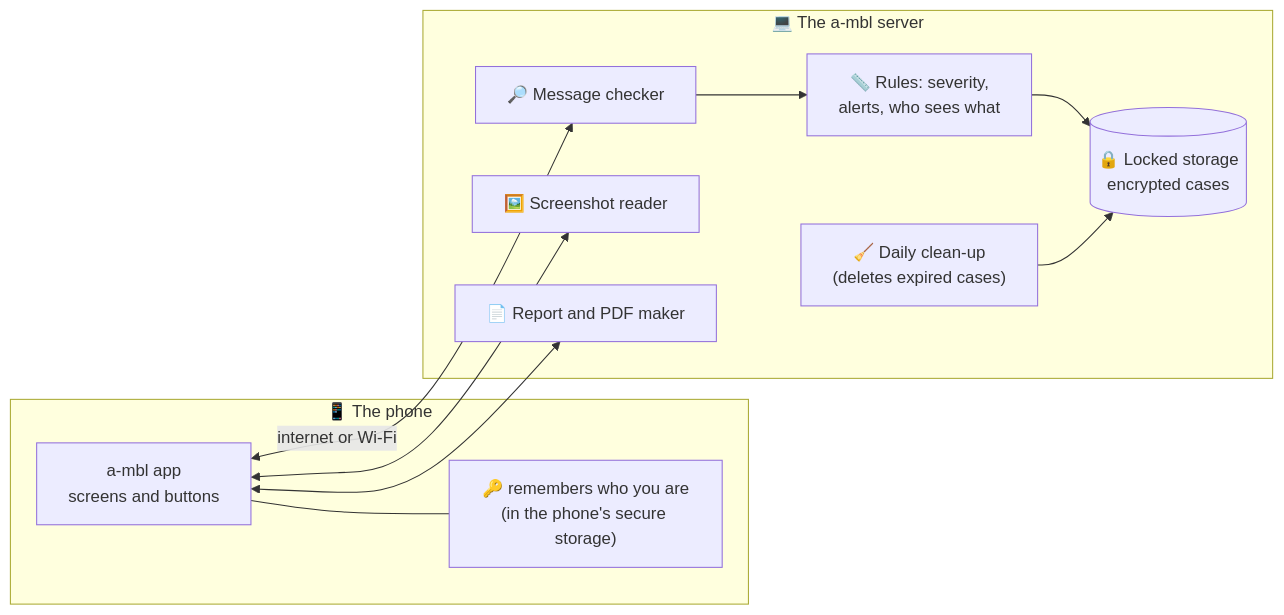
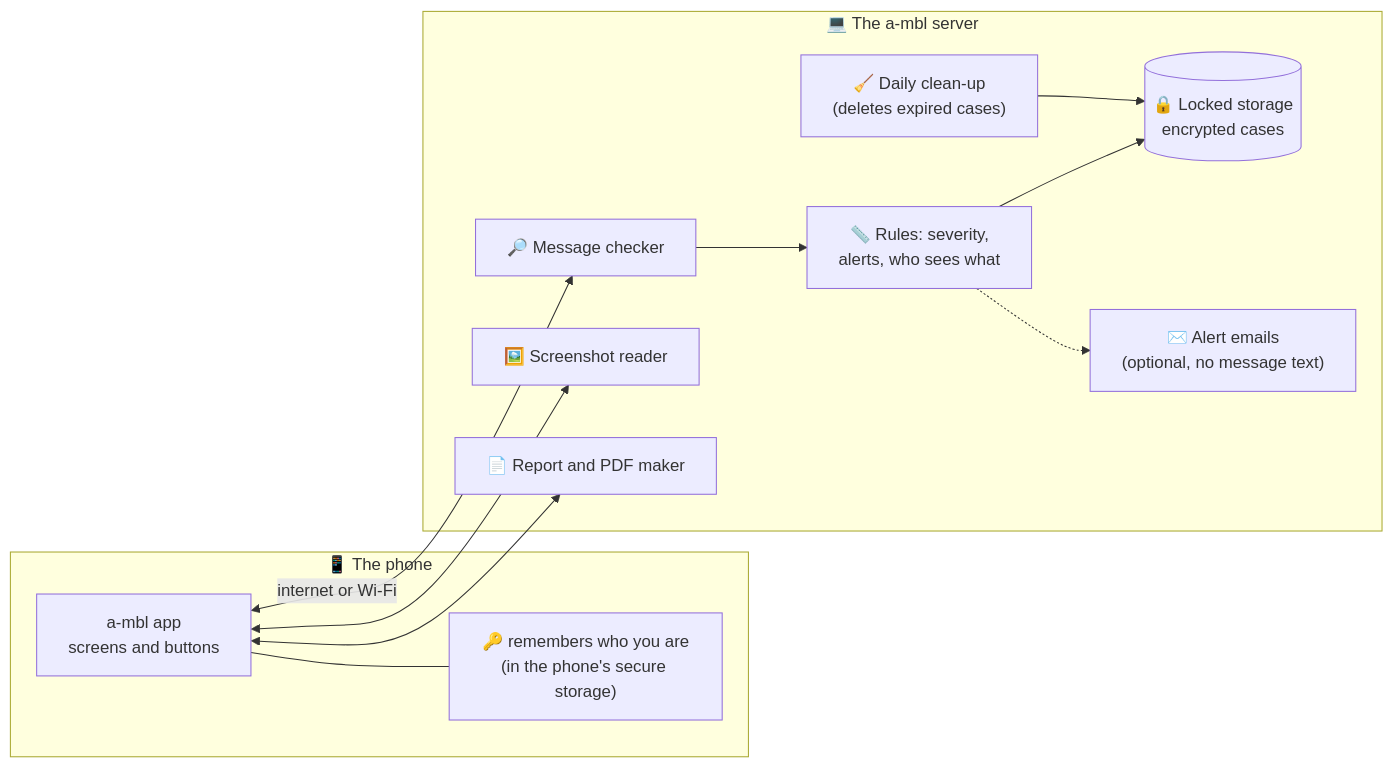
Before and after one commit to abdullah956/a-mbl: the third of 13 diagrams in CLIENT_GUIDE.md, drawn with Mermaid. The commit also changed other lines of this file and 12 other files, not shown here.

````diff
--- a/CLIENT_GUIDE.md
+++ b/CLIENT_GUIDE.md
@@ -130,21 +133,23 @@
 ```mermaid
 flowchart LR
     subgraph Phone["📱 The phone"]
         APP["a-mbl app<br/>screens and buttons"]
         KEY["🔑 remembers who you are<br/>(in the phone's secure storage)"]
     end
     subgraph Server["💻 The a-mbl server"]
         CHECK["🔎 Message checker"]
         RULES["📏 Rules: severity,<br/>alerts, who sees what"]
         OCR["🖼️ Screenshot reader"]
         PDF["📄 Report and PDF maker"]
         CLEAN["🧹 Daily clean-up<br/>(deletes expired cases)"]
         VAULT[("🔒 Locked storage<br/>encrypted cases")]
+        MAIL["✉️ Alert emails<br/>(optional, no message text)"]
     end
     APP <-- "internet or Wi-Fi" --> CHECK
     CHECK --> RULES --> VAULT
+    RULES -.-> MAIL
     APP <--> OCR
     APP <--> PDF
     CLEAN --> VAULT
     APP --- KEY
 ```
````
